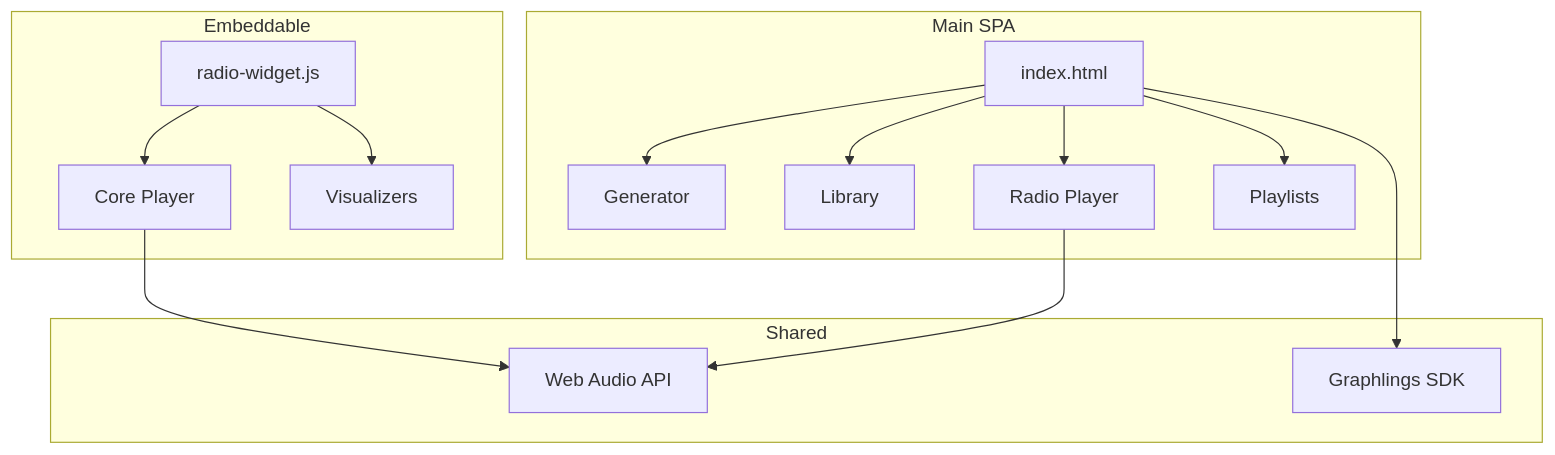
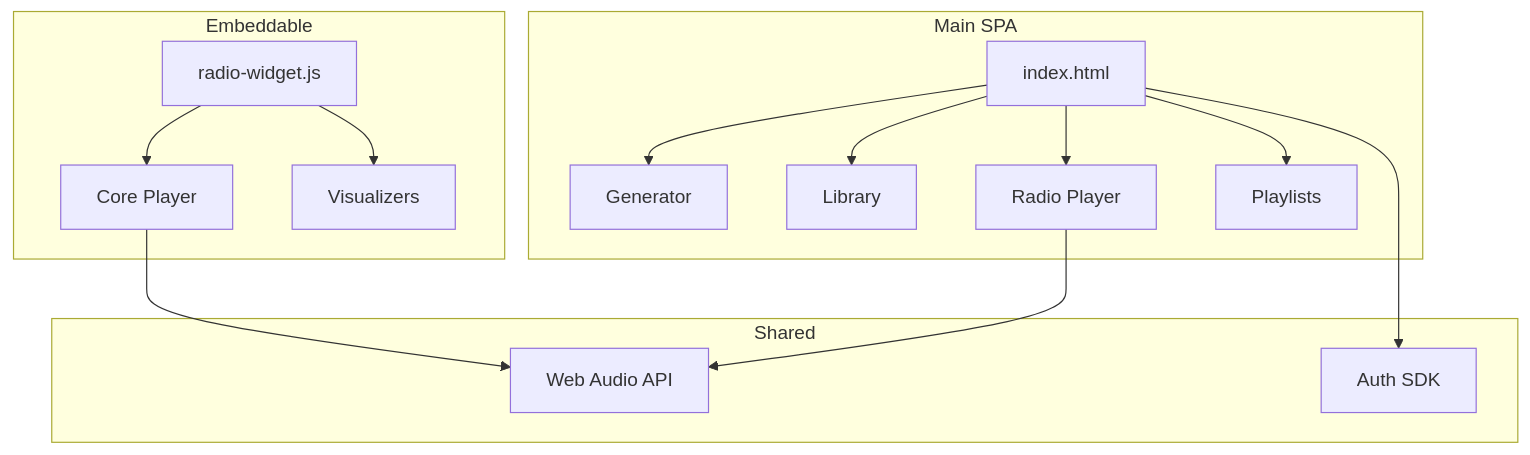
Before and after one commit to Valpatel/app-soundbox: the diagram in docs/frontend/README.md, drawn with Mermaid. The commit also changed other lines of this file and 24 other files, not shown here.

First line of the commit message:
Rename graphlings/game terminology to soundbox/assets/project

````diff
--- a/docs/frontend/README.md
+++ b/docs/frontend/README.md
@@ -5,25 +5,25 @@
 ```mermaid
 graph TB
     subgraph "Main SPA"
         A[index.html]
         A --> B[Generator]
         A --> C[Library]
         A --> D[Radio Player]
         A --> E[Playlists]
     end
 
     subgraph "Embeddable"
         F[radio-widget.js]
         F --> G[Core Player]
         F --> H[Visualizers]
     end
 
     subgraph "Shared"
         I[Web Audio API]
-        J[Graphlings SDK]
+        J[Auth SDK]
     end
 
     D --> I
     G --> I
     A --> J
 ```
````
